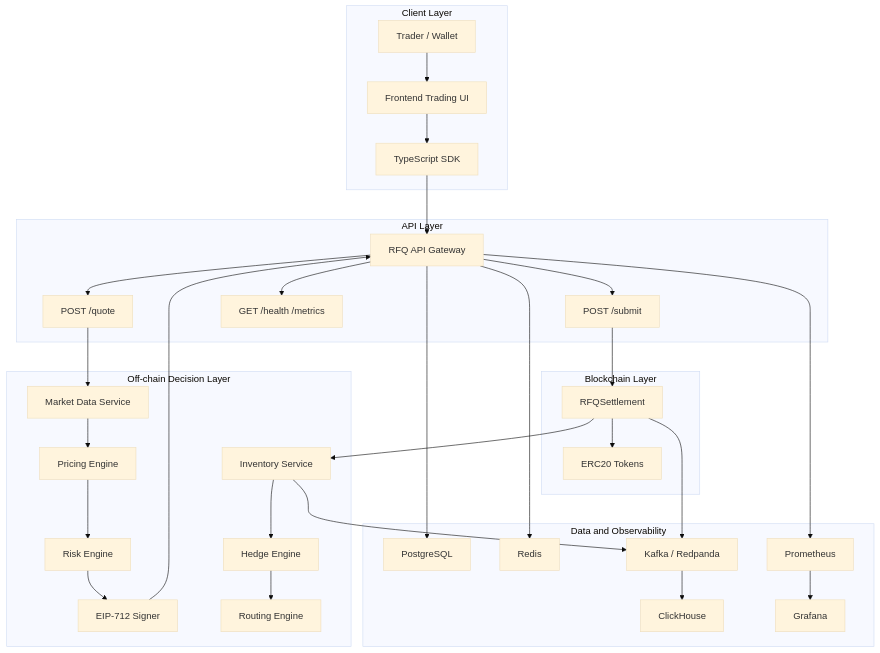
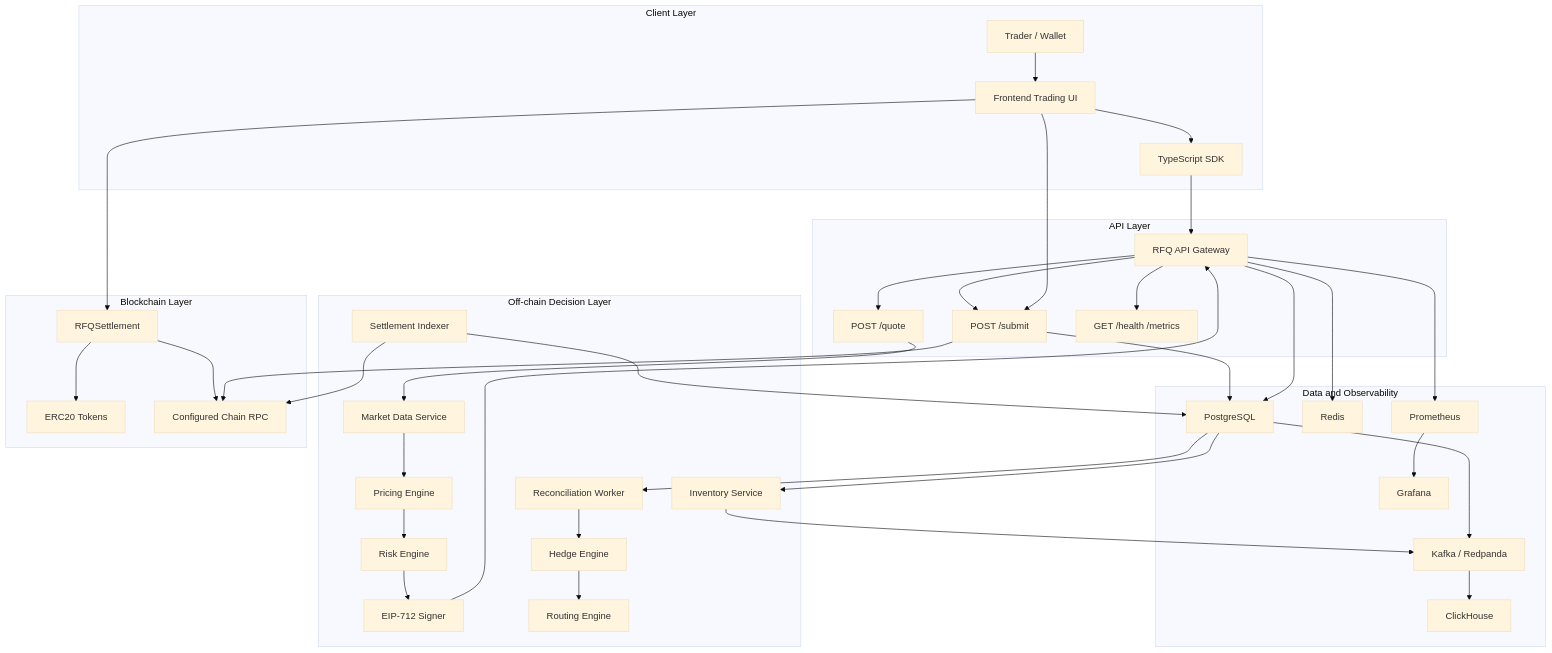
One commit to alvis-ai/production-grade-web3-rfq-market-maker changed the diagram in docs/diagrams/system-overview.md. Above: the diagram before and after it, drawn with Mermaid (base theme). The commit also changed 50 other files, not shown here.

Commit message:
feat: add independent settlement event indexer

````diff
--- a/docs/diagrams/system-overview.md
+++ b/docs/diagrams/system-overview.md
@@ -5,66 +5,76 @@
 ```mermaid
 flowchart TB
   subgraph Client["Client Layer"]
     Trader["Trader / Wallet"]
     SDK["TypeScript SDK"]
     UI["Frontend Trading UI"]
   end
 
   subgraph API["API Layer"]
     Gateway["RFQ API Gateway"]
     QuoteAPI["POST /quote"]
     SubmitAPI["POST /submit"]
     HealthAPI["GET /health /metrics"]
   end
 
   subgraph Decision["Off-chain Decision Layer"]
     MarketData["Market Data Service"]
     Pricing["Pricing Engine"]
     Risk["Risk Engine"]
     Signer["EIP-712 Signer"]
     Inventory["Inventory Service"]
     Hedge["Hedge Engine"]
     Routing["Routing Engine"]
+    Indexer["Settlement Indexer"]
+    Reconciliation["Reconciliation Worker"]
   end
 
   subgraph Data["Data and Observability"]
     Postgres["PostgreSQL"]
     Redis["Redis"]
     Redpanda["Kafka / Redpanda"]
     ClickHouse["ClickHouse"]
     Prometheus["Prometheus"]
     Grafana["Grafana"]
   end
 
   subgraph Chain["Blockchain Layer"]
     Settlement["RFQSettlement"]
     Tokens["ERC20 Tokens"]
+    RPC["Configured Chain RPC"]
   end
 
   Trader --> UI
   UI --> SDK
   SDK --> Gateway
   Gateway --> QuoteAPI
   Gateway --> SubmitAPI
   Gateway --> HealthAPI
 
   QuoteAPI --> MarketData
   MarketData --> Pricing
   Pricing --> Risk
   Risk --> Signer
   Signer --> Gateway
 
-  SubmitAPI --> Settlement
+  UI --> Settlement
+  UI --> SubmitAPI
   Settlement --> Tokens
-  Settlement --> Inventory
-  Inventory --> Hedge
+  Settlement --> RPC
+  SubmitAPI --> RPC
+  Indexer --> RPC
+  SubmitAPI --> Postgres
+  Indexer --> Postgres
+  Postgres --> Inventory
+  Postgres --> Reconciliation
+  Reconciliation --> Hedge
   Hedge --> Routing
 
   Gateway --> Postgres
   Gateway --> Redis
   Inventory --> Redpanda
-  Settlement --> Redpanda
+  Postgres --> Redpanda
   Redpanda --> ClickHouse
   Gateway --> Prometheus
   Prometheus --> Grafana
 ```
````
